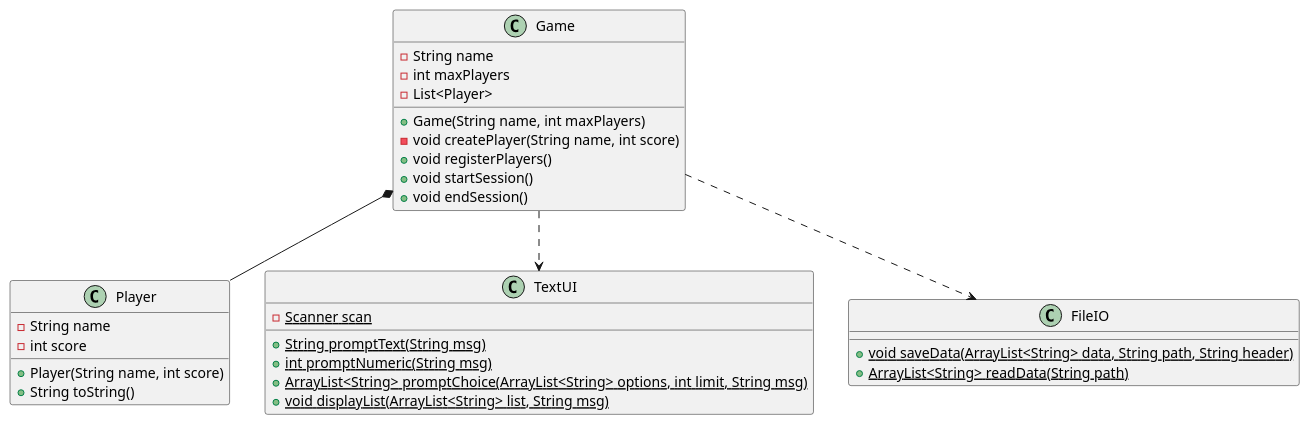
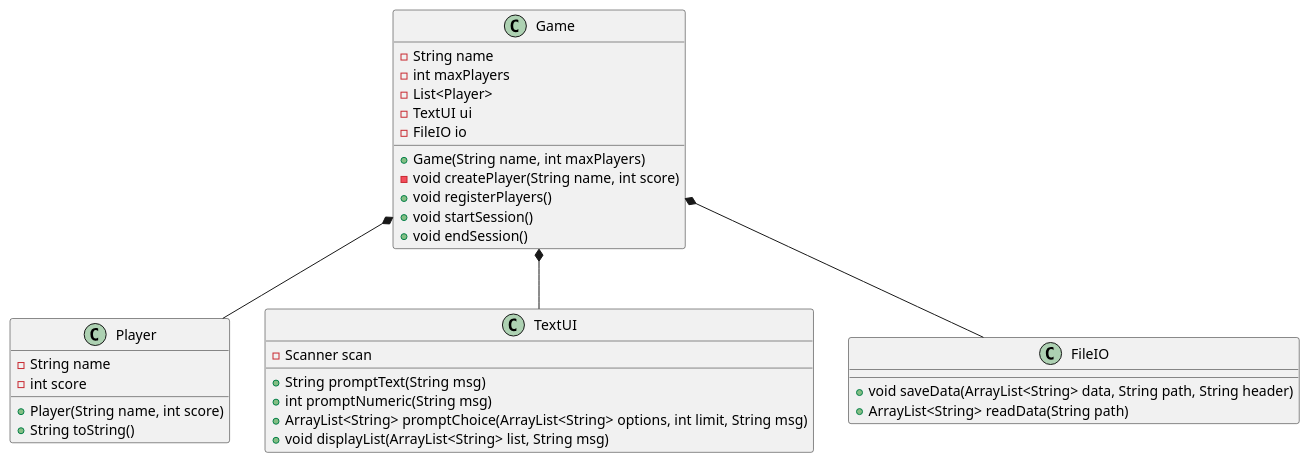
Before and after one commit to Dat1Cphbusiness/MonopolyE25Bornholm: the diagram in doc/classdiagram_v0.puml, drawn with PlantUML. The commit also changed 4 other files, not shown here.

```diff
--- a/doc/classdiagram_v0.puml
+++ b/doc/classdiagram_v0.puml
@@ -1,50 +1,52 @@
 @startuml
 'https://plantuml.com/class-diagram
 
 class Game
 class Player
 
 
 Game *-- Player
-Game ..> TextUI
-Game ..> FileIO
+Game *-- TextUI
+Game *-- FileIO
 
 
 
 class Game {
 - String name
 - int maxPlayers
 - List<Player>
+- TextUI ui
+- FileIO io
 + Game(String name, int maxPlayers)
 - void createPlayer(String name, int score)
 + void registerPlayers()
 + void startSession()
 + void endSession()
 
 }
 class Player {
 - String name
 - int score
 + Player(String name, int score)
 + String toString()
 }
 
 class TextUI {
-- {static} Scanner scan
+- Scanner scan
 ' shows a message and returns the user's input as a String
-+ {static} String promptText(String msg)
++ String promptText(String msg)
 ' shows a message and returns the user's input as an integer
-+ {static} int promptNumeric(String msg)
++ int promptNumeric(String msg)
 ' shows the options, promts for choices until limit is reached, and returns the user's choices as a list
-+ {static} ArrayList<String> promptChoice(ArrayList<String> options, int limit, String msg)
++ ArrayList<String> promptChoice(ArrayList<String> options, int limit, String msg)
 ' shows a message and lists the content of a list
-+ {static} void displayList(ArrayList<String> list, String msg)
++  void displayList(ArrayList<String> list, String msg)
 
 }
 
 class FileIO{
-+ {static} void saveData(ArrayList<String> data, String path, String header)
-+ {static} ArrayList<String> readData(String path)
++ void saveData(ArrayList<String> data, String path, String header)
++ ArrayList<String> readData(String path)
 }
 
 @enduml
```
